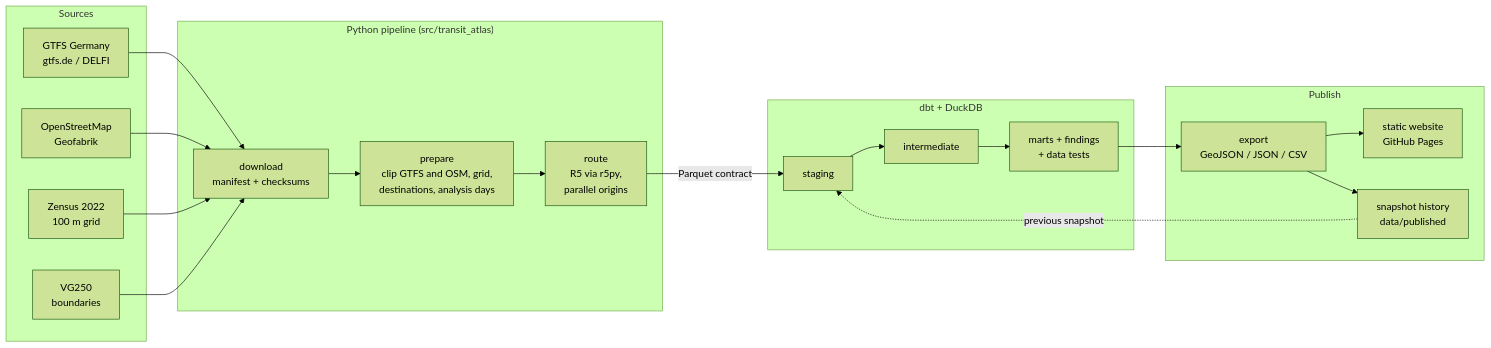
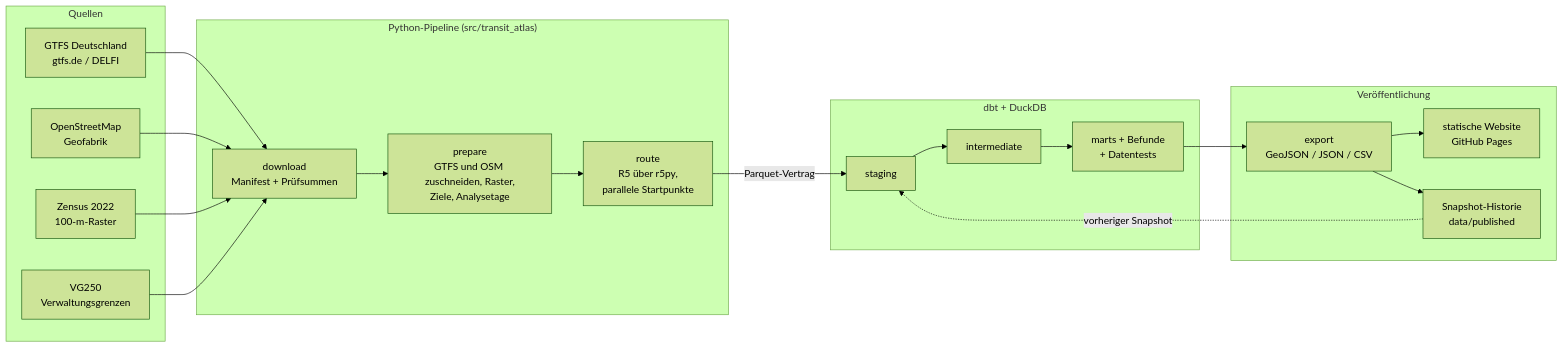
The diagram in README.md (tojacob03/Letzte-Bahn), drawn with Mermaid (forest theme) before and after one commit. The commit also changed other lines of this file and 2 other files, not shown here.

First line of the commit message:
Write README in German and document scaling to all of Germany

````diff
--- a/README.md
+++ b/README.md
@@ -42,24 +43,24 @@
 ```mermaid
 flowchart LR
-    subgraph Sources
-        G[GTFS Germany<br/>gtfs.de / DELFI]
+    subgraph Quellen
+        G[GTFS Deutschland<br/>gtfs.de / DELFI]
         O[OpenStreetMap<br/>Geofabrik]
-        Z[Zensus 2022<br/>100 m grid]
-        V[VG250<br/>boundaries]
+        Z[Zensus 2022<br/>100-m-Raster]
+        V[VG250<br/>Verwaltungsgrenzen]
     end
-    subgraph Python["Python pipeline (src/transit_atlas)"]
-        D[download<br/>manifest + checksums] --> P[prepare<br/>clip GTFS and OSM, grid,<br/>destinations, analysis days]
-        P --> R[route<br/>R5 via r5py,<br/>parallel origins]
+    subgraph Python["Python-Pipeline (src/transit_atlas)"]
+        D[download<br/>Manifest + Prüfsummen] --> P[prepare<br/>GTFS und OSM zuschneiden, Raster,<br/>Ziele, Analysetage]
+        P --> R[route<br/>R5 über r5py,<br/>parallele Startpunkte]
     end
     subgraph dbt["dbt + DuckDB"]
-        S[staging] --> I[intermediate] --> M[marts + findings<br/>+ data tests]
+        S[staging] --> I[intermediate] --> M[marts + Befunde<br/>+ Datentests]
     end
-    subgraph Publish
-        E[export<br/>GeoJSON / JSON / CSV] --> W[static website<br/>GitHub Pages]
-        E --> H[snapshot history<br/>data/published]
+    subgraph Veröffentlichung
+        E[export<br/>GeoJSON / JSON / CSV] --> W[statische Website<br/>GitHub Pages]
+        E --> H[Snapshot-Historie<br/>data/published]
     end
     G & O & Z & V --> D
-    R -->|Parquet contract| S
+    R -->|Parquet-Vertrag| S
     M --> E
-    H -. previous snapshot .-> S
+    H -. vorheriger Snapshot .-> S
 ```
````
